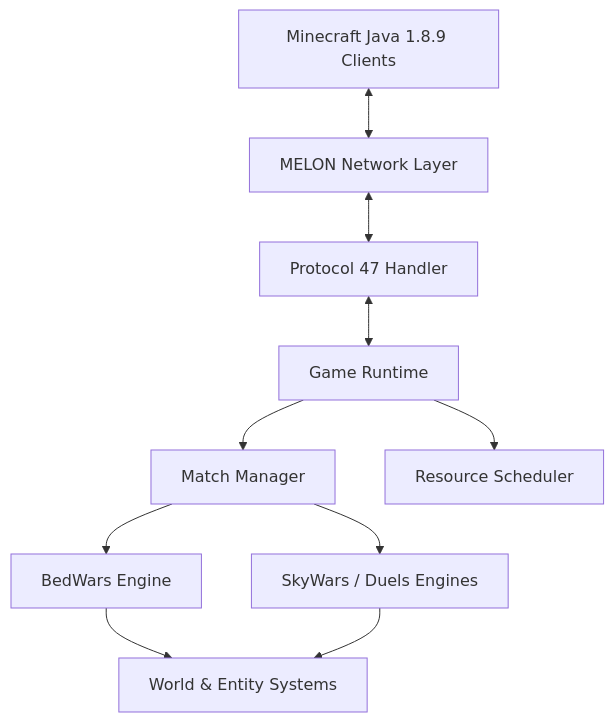
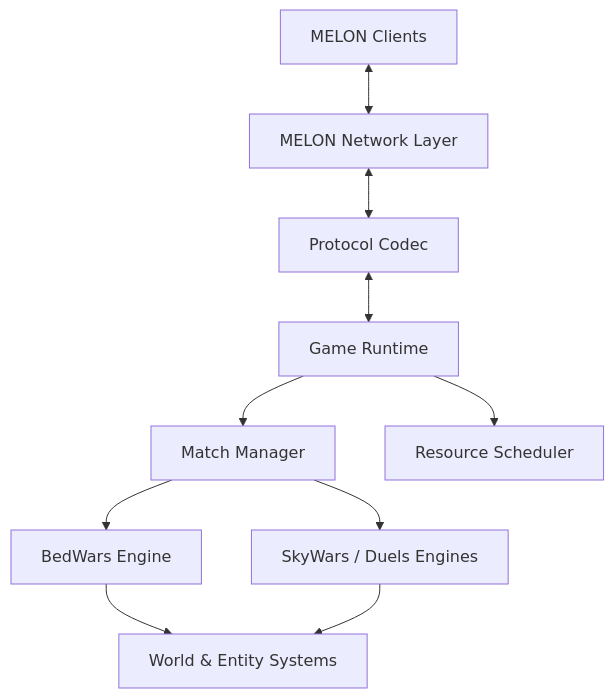
The diagram in README.md (WTFBuilds/Minecraft-Rust-Cracked), drawn with Mermaid before and after one commit. The commit also changed other lines of this file and 36 other files, not shown here.

````diff
--- a/README.md
+++ b/README.md
@@ -54,22 +54,22 @@
 ```mermaid
 flowchart TB
-    A["Minecraft Java 1.8.9 Clients"]
+    A["MELON Clients"]
     B["MELON Network Layer"]
-    C["Protocol 47 Handler"]
+    C["Protocol Codec"]
     D["Game Runtime"]
     E["Match Manager"]
     F["BedWars Engine"]
     G["SkyWars / Duels Engines"]
     H["World & Entity Systems"]
     I["Resource Scheduler"]
 
     A <--> B
     B <--> C
     C <--> D
     D --> E
     E --> F
     E --> G
     F --> H
     G --> H
     D --> I
 ```
````
